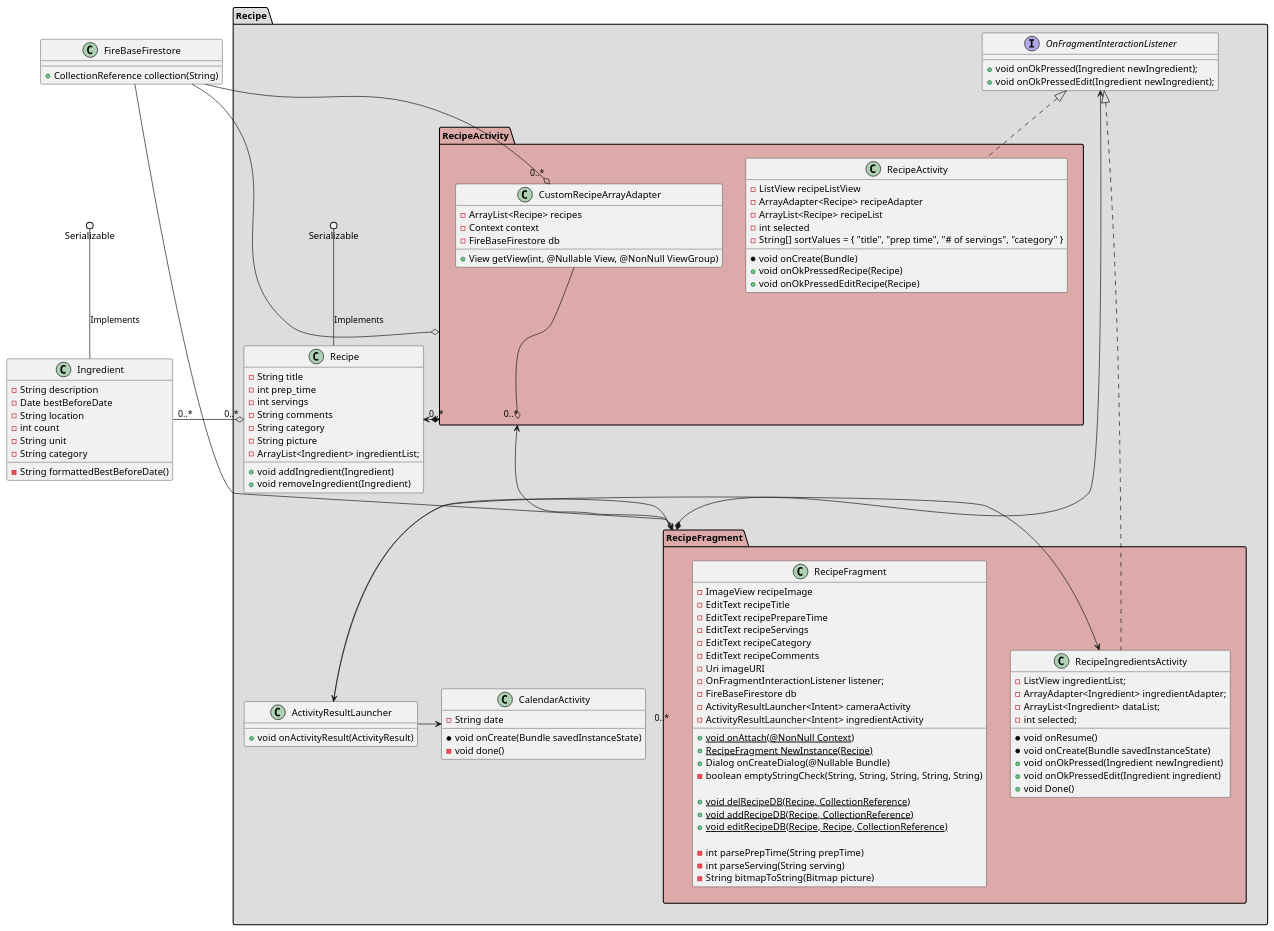
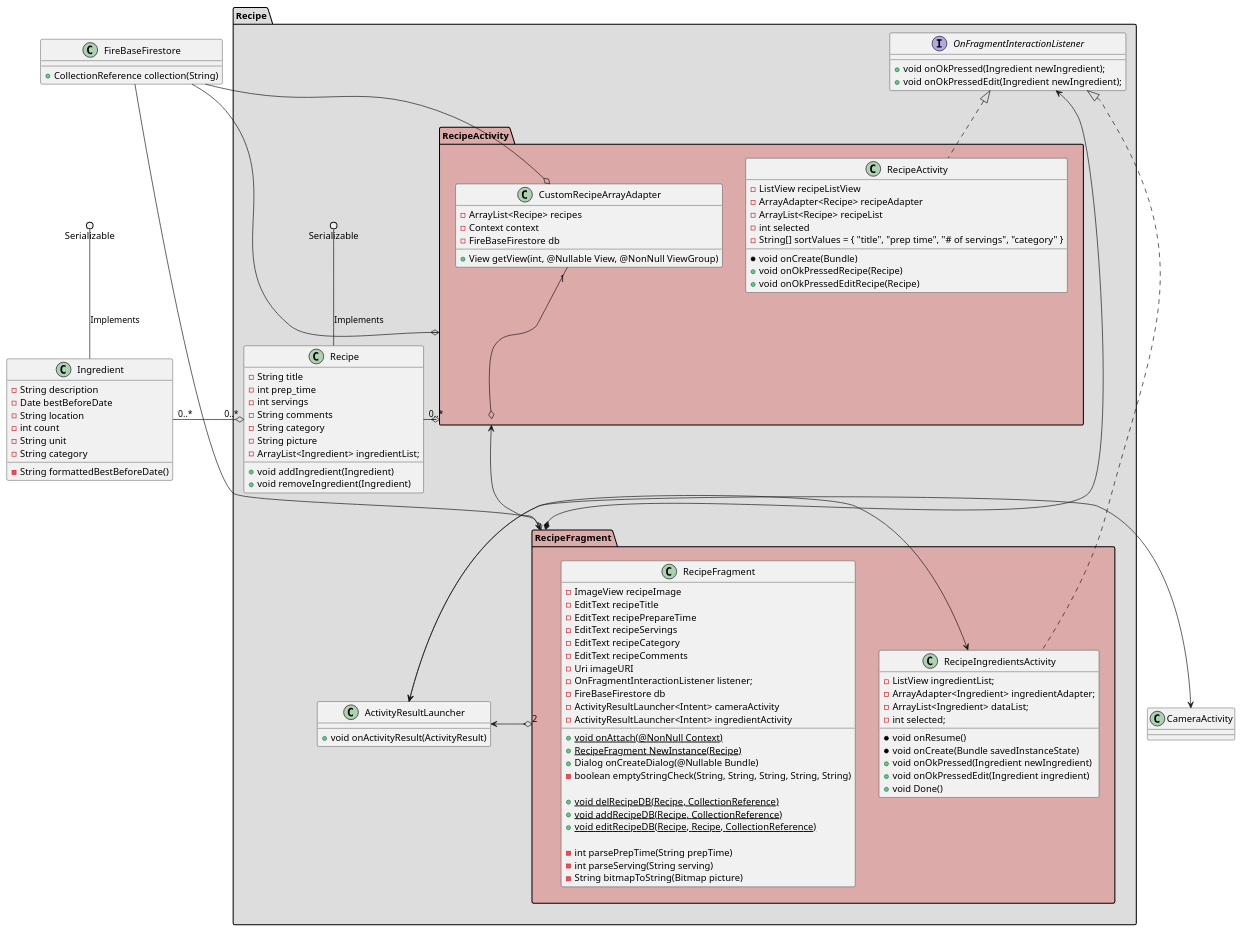
Before and after one commit to CMPUT301F22T31/FoodCart: the diagram in doc/source/RecipeUML.puml, drawn with PlantUML. The commit also changed 9 other files, not shown here.

Commit message:
UML Relationships fixed, Pictures updated

```diff
--- a/doc/source/RecipeUML.puml
+++ b/doc/source/RecipeUML.puml
@@ -1,140 +1,135 @@
 @startuml
 'https://plantuml.com/class-diagram
 
 class FireBaseFirestore
 {
     +CollectionReference collection(String)
 
 }
 
 class Ingredient
 {
     -String description
     -Date bestBeforeDate
     -String location
     -int count
     -String unit
     -String category
 
     -String formattedBestBeforeDate()
 }
 Serializable ()-- Ingredient : Implements
 
-
+class CameraActivity{}
 
 package Recipe #DDD
 {
     class Recipe
     {
         -String title
         -int prep_time
         -int servings
         -String comments
         -String category
         -String picture
         -ArrayList<Ingredient> ingredientList;
 
         +void addIngredient(Ingredient)
         +void removeIngredient(Ingredient)
     }
     package RecipeFragment #DAA
     {
         class Recipe.ActivityResultLauncher
         {
             +void onActivityResult(ActivityResult)
         }
-        class Recipe.CalendarActivity
-        {
-            - String date
-            * void onCreate(Bundle savedInstanceState)
-            - void done()
-        }
+
         interface Recipe.OnFragmentInteractionListener
         {
             +void onOkPressed(Ingredient newIngredient);
             +void onOkPressedEdit(Ingredient newIngredient);
         }
         class RecipeFragment
         {
             -ImageView recipeImage
             -EditText recipeTitle
             -EditText recipePrepareTime
             -EditText recipeServings
             -EditText recipeCategory
             -EditText recipeComments
             -Uri imageURI
             -OnFragmentInteractionListener listener;
             -FireBaseFirestore db
             -ActivityResultLauncher<Intent> cameraActivity
             -ActivityResultLauncher<Intent> ingredientActivity
 
             + {static} void onAttach(@NonNull Context)
             + {static} RecipeFragment NewInstance(Recipe)
             + Dialog onCreateDialog(@Nullable Bundle)
             - boolean emptyStringCheck(String, String, String, String, String)
 
             + {static} void delRecipeDB(Recipe, CollectionReference)
             + {static} void addRecipeDB(Recipe, CollectionReference)
             + {static} void editRecipeDB(Recipe, Recipe, CollectionReference)
 
             - int parsePrepTime(String prepTime)
             - int parseServing(String serving)
             - String bitmapToString(Bitmap picture)
         }
         class RecipeIngredientsActivity implements Recipe.OnFragmentInteractionListener
         {
             -ListView ingredientList;
             -ArrayAdapter<Ingredient> ingredientAdapter;
             -ArrayList<Ingredient> dataList;
             -int selected;
 
             *void onResume()
             *void onCreate(Bundle savedInstanceState)
             +void onOkPressed(Ingredient newIngredient)
             +void onOkPressedEdit(Ingredient ingredient)
             +void Done()
         }
     }
     package RecipeActivity #DAA
     {
         class RecipeActivity implements Recipe.OnFragmentInteractionListener
         {
             -ListView recipeListView
             -ArrayAdapter<Recipe> recipeAdapter
             -ArrayList<Recipe> recipeList
             -int selected
             -String[] sortValues = { "title", "prep time", "# of servings", "category" }
 
             *void onCreate(Bundle)
             +void onOkPressedRecipe(Recipe)
             +void onOkPressedEditRecipe(Recipe)
         }
         class CustomRecipeArrayAdapter
         {
             - ArrayList<Recipe> recipes
             - Context context
             - FireBaseFirestore db
 
             + View getView(int, @Nullable View, @NonNull ViewGroup)
         }
     }
     Serializable ()-- Recipe : Implements
 
     Ingredient "0..*" -o "0..*" Recipe
 
-    RecipeActivity *-> "0..*" Recipe
-    CustomRecipeArrayAdapter --o RecipeActivity
-    FireBaseFirestore --o "0..*" RecipeActivity
+    RecipeActivity o- "0..*" Recipe
+    CustomRecipeArrayAdapter "1" --o RecipeActivity
+    Recipe.OnFragmentInteractionListener <-* RecipeFragment
 
-    Recipe.OnFragmentInteractionListener <-* RecipeFragment
-    FireBaseFirestore --o "0..*" RecipeFragment
-    FireBaseFirestore --o "0..*" CustomRecipeArrayAdapter
+    FireBaseFirestore --o RecipeActivity
+    FireBaseFirestore --o RecipeFragment
+    FireBaseFirestore --o CustomRecipeArrayAdapter
 
     RecipeActivity <--> RecipeFragment
-    RecipeFragment --> Recipe.ActivityResultLauncher
-    Recipe.ActivityResultLauncher -> Recipe.CalendarActivity
-    Recipe.ActivityResultLauncher -> RecipeIngredientsActivity
+    RecipeFragment "2" o--> Recipe.ActivityResultLauncher
+    Recipe.ActivityResultLauncher <-> CameraActivity
+    Recipe.ActivityResultLauncher <-> RecipeIngredientsActivity
 }
 
 
 @enduml
```
